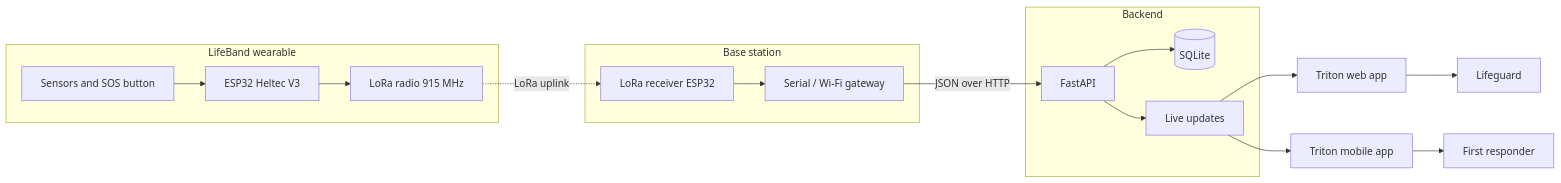
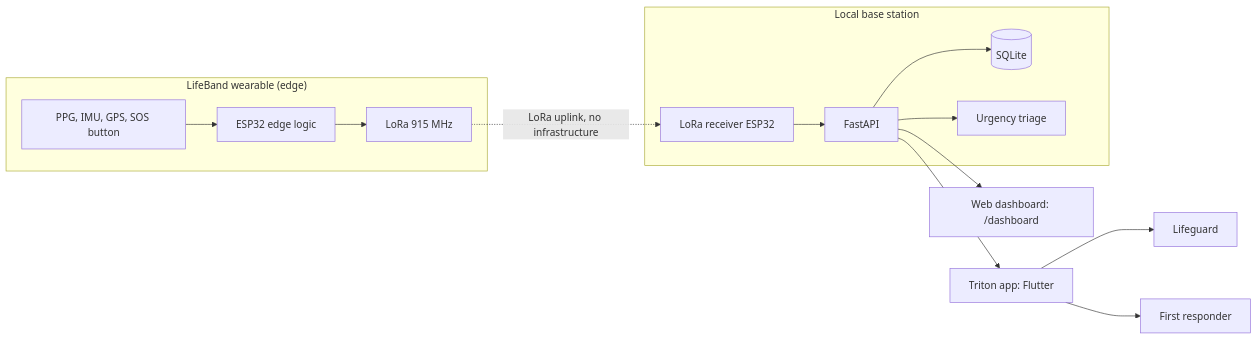
One commit to ananth-sri/LifeBand changed the diagram in README.md. Above: the diagram before and after it, drawn with Mermaid. The commit also changed other lines of this file, not shown here.

````diff
--- a/README.md
+++ b/README.md
@@ -53,20 +68,17 @@
 ```mermaid
 flowchart LR
-    subgraph Wearable["LifeBand wearable"]
-        S[Sensors and SOS button] --> M[ESP32 Heltec V3]
-        M --> R1[LoRa radio 915 MHz]
+    subgraph Wearable["LifeBand wearable (edge)"]
+        S[PPG, IMU, GPS, SOS button] --> M[ESP32 edge logic]
+        M --> R1[LoRa 915 MHz]
     end
-    R1 -. LoRa uplink .-> R2
-    subgraph Base["Base station"]
-        R2[LoRa receiver ESP32] --> GW[Serial / Wi-Fi gateway]
+    R1 -. LoRa uplink, no infrastructure .-> R2
+    subgraph Base["Local base station"]
+        R2[LoRa receiver ESP32] --> API
+        API[FastAPI] --> DB[(SQLite)]
+        API --> TRI[Urgency triage]
     end
-    GW -->|JSON over HTTP| API
-    subgraph Server["Backend"]
-        API[FastAPI] --> DB[(SQLite)]
-        API --> WS[Live updates]
-    end
-    WS --> W[Triton web app]
-    WS --> A[Triton mobile app]
-    W --> L[Lifeguard]
-    A --> F[First responder]
+    API --> APP[Triton app: Flutter]
+    API --> WEB[Web dashboard: /dashboard]
+    APP --> L[Lifeguard]
+    APP --> F[First responder]
 ```
````
